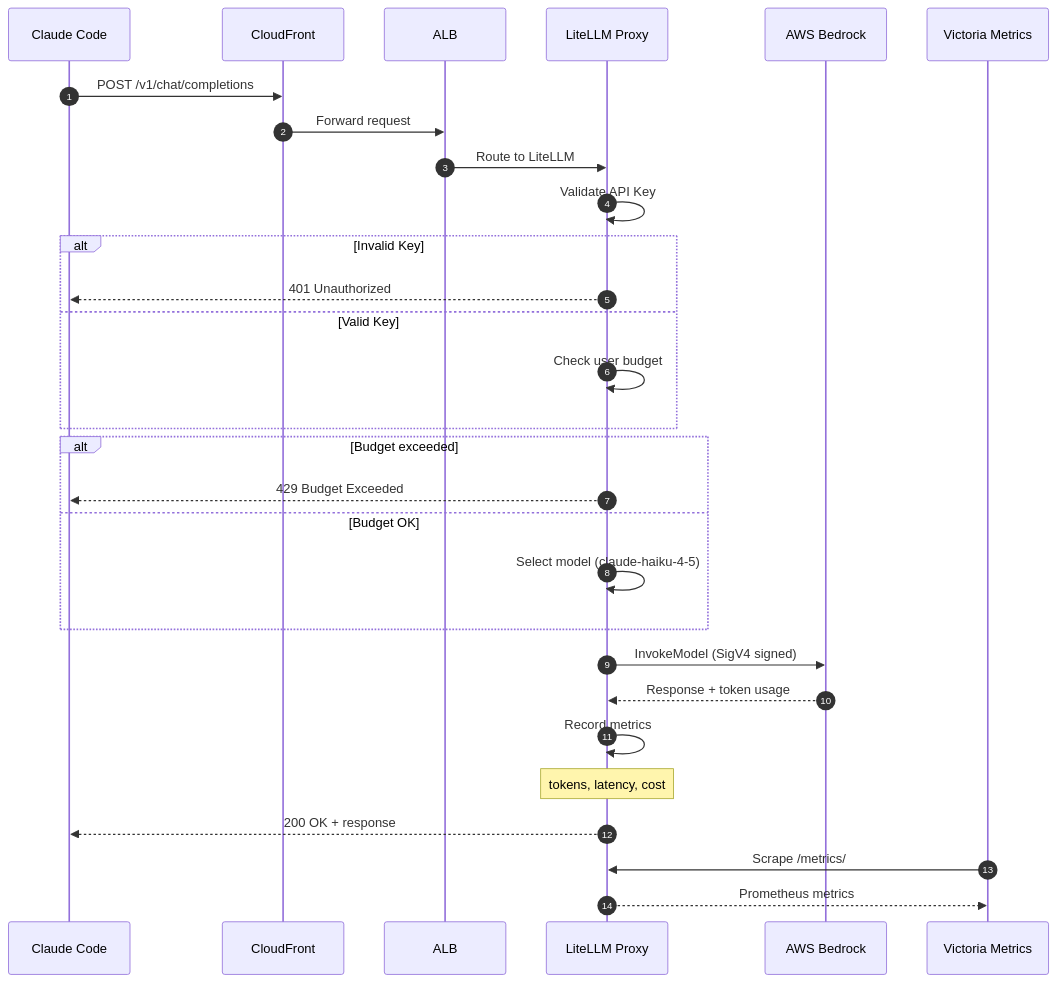
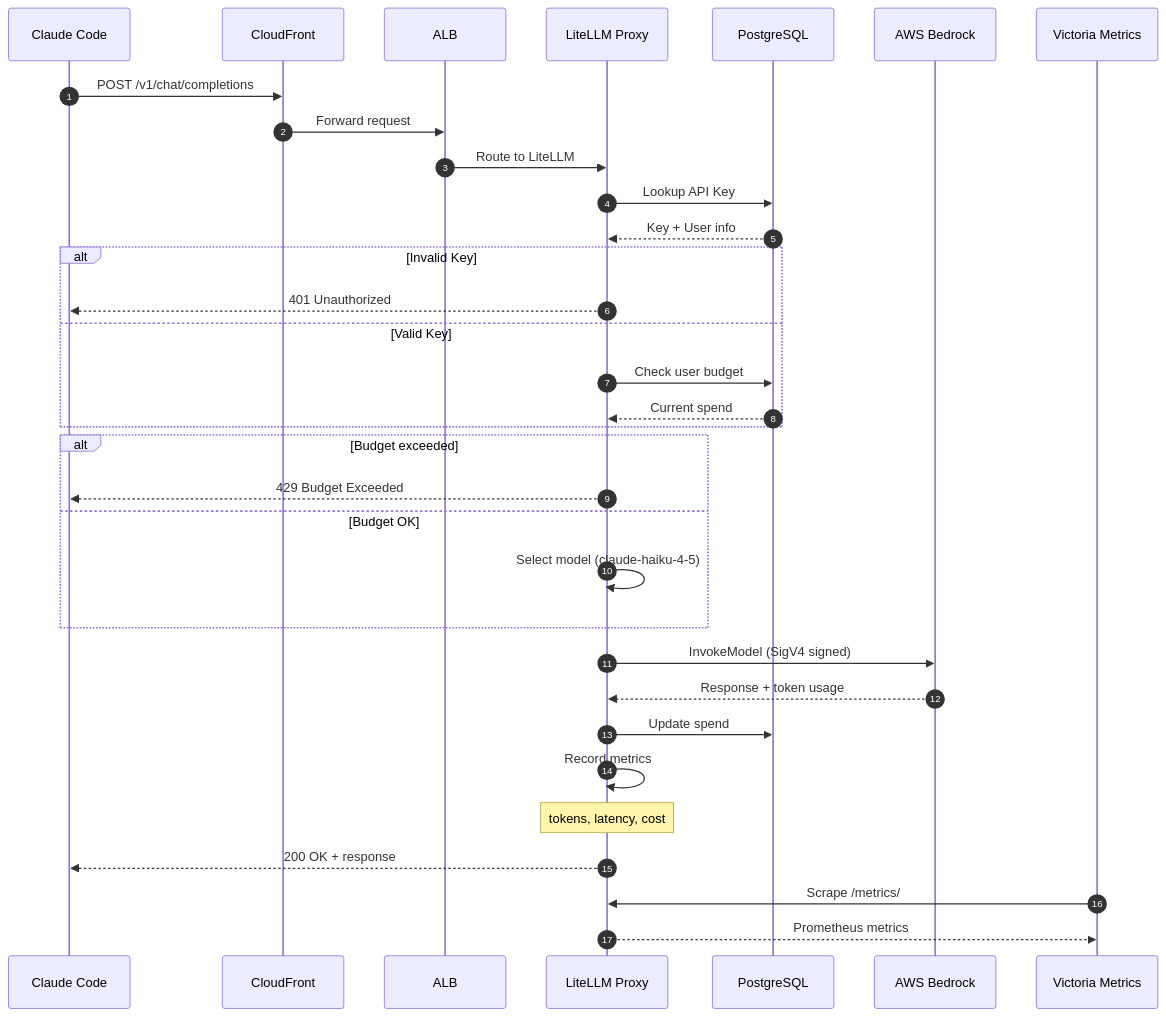
Before and after one commit to lorenzogirardi/gw_llm: the fourth of 8 diagrams in docs/architecture/c4-architecture.md, drawn with Mermaid. The commit also changed other lines of this file and 17 other files, not shown here.

````diff
--- a/docs/architecture/c4-architecture.md
+++ b/docs/architecture/c4-architecture.md
@@ -97,39 +107,43 @@
 ```mermaid
 sequenceDiagram
     autonumber
     participant Client as Claude Code
     participant CF as CloudFront
     participant ALB as ALB
     participant LiteLLM as LiteLLM Proxy
+    participant PG as PostgreSQL
     participant Bedrock as AWS Bedrock
     participant VM as Victoria Metrics
 
     Client->>CF: POST /v1/chat/completions
     CF->>ALB: Forward request
     ALB->>LiteLLM: Route to LiteLLM
 
-    LiteLLM->>LiteLLM: Validate API Key
+    LiteLLM->>PG: Lookup API Key
+    PG-->>LiteLLM: Key + User info
 
     alt Invalid Key
         LiteLLM-->>Client: 401 Unauthorized
     else Valid Key
-        LiteLLM->>LiteLLM: Check user budget
+        LiteLLM->>PG: Check user budget
+        PG-->>LiteLLM: Current spend
     end
 
     alt Budget exceeded
         LiteLLM-->>Client: 429 Budget Exceeded
     else Budget OK
         LiteLLM->>LiteLLM: Select model (claude-haiku-4-5)
     end
 
     LiteLLM->>Bedrock: InvokeModel (SigV4 signed)
     Bedrock-->>LiteLLM: Response + token usage
 
+    LiteLLM->>PG: Update spend
     LiteLLM->>LiteLLM: Record metrics
     Note over LiteLLM: tokens, latency, cost
 
     LiteLLM-->>Client: 200 OK + response
 
     VM->>LiteLLM: Scrape /metrics/
     LiteLLM-->>VM: Prometheus metrics
 ```
````
